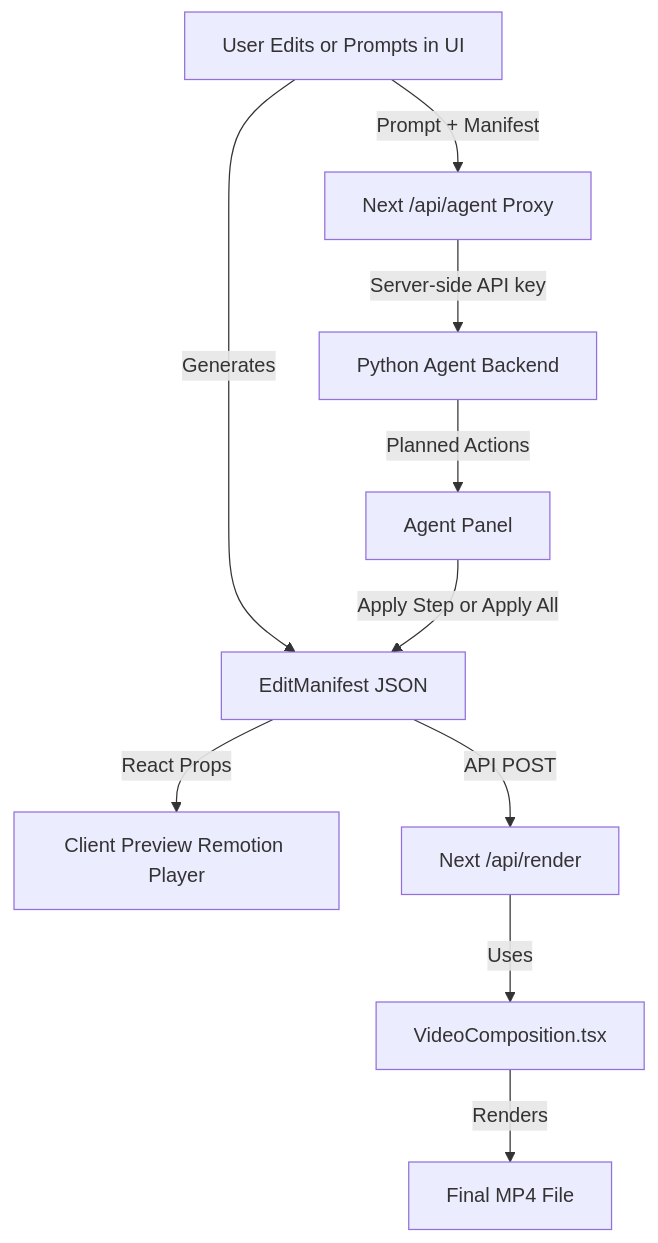
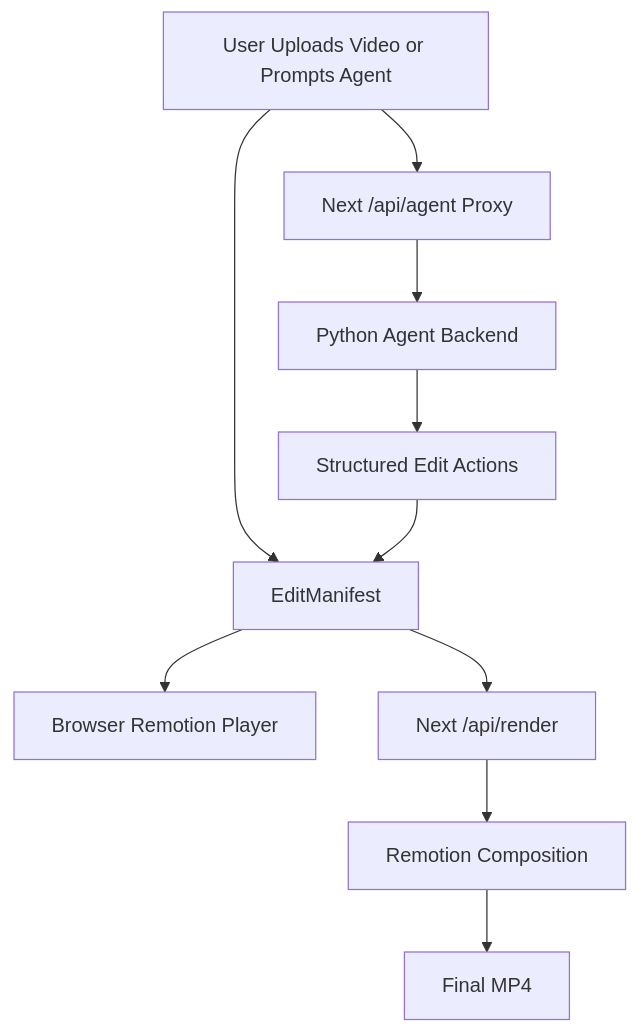
One commit to adinarayanan2003/FrameForge changed the diagram in README.md. Above: the diagram before and after it, drawn with Mermaid. The commit also changed other lines of this file and 5 other files, not shown here.

````diff
--- a/README.md
+++ b/README.md
@@ -46,12 +174,12 @@
 ```mermaid
 graph TD
-    User[User Edits or Prompts in UI] -->|Generates| JSON[EditManifest JSON]
-    JSON -->|React Props| Player[Client Preview Remotion Player]
-    User -->|Prompt + Manifest| NextAgent[Next /api/agent Proxy]
-    NextAgent -->|Server-side API key| PyAgent[Python Agent Backend]
-    PyAgent -->|Planned Actions| Editor[Agent Panel]
-    Editor -->|Apply Step or Apply All| JSON
-    JSON -->|API POST| RenderAPI[Next /api/render]
-    RenderAPI -->|Uses| Comp[VideoComposition.tsx]
-    Comp -->|Renders| MP4[Final MP4 File]
+    User[User Uploads Video or Prompts Agent] --> Manifest[EditManifest]
+    Manifest --> Player[Browser Remotion Player]
+    User --> NextAgent[Next /api/agent Proxy]
+    NextAgent --> PyAgent[Python Agent Backend]
+    PyAgent --> Actions[Structured Edit Actions]
+    Actions --> Manifest
+    Manifest --> RenderAPI[Next /api/render]
+    RenderAPI --> Remotion[Remotion Composition]
+    Remotion --> MP4[Final MP4]
 ```
````
